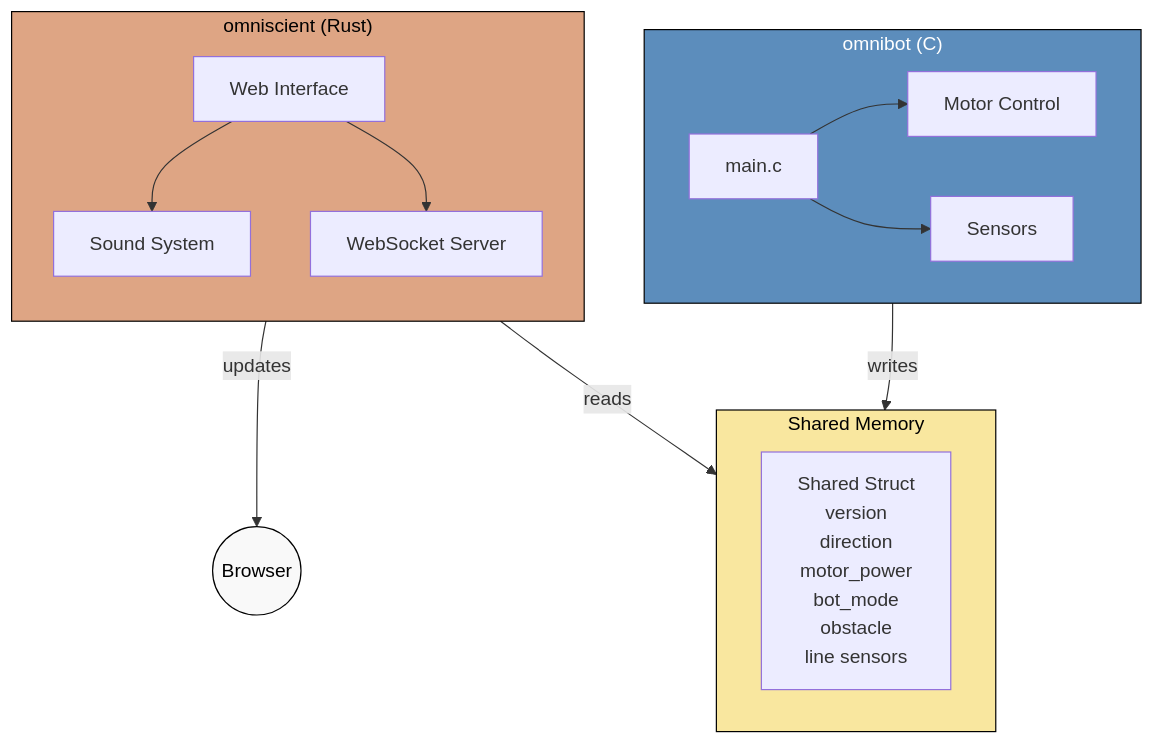
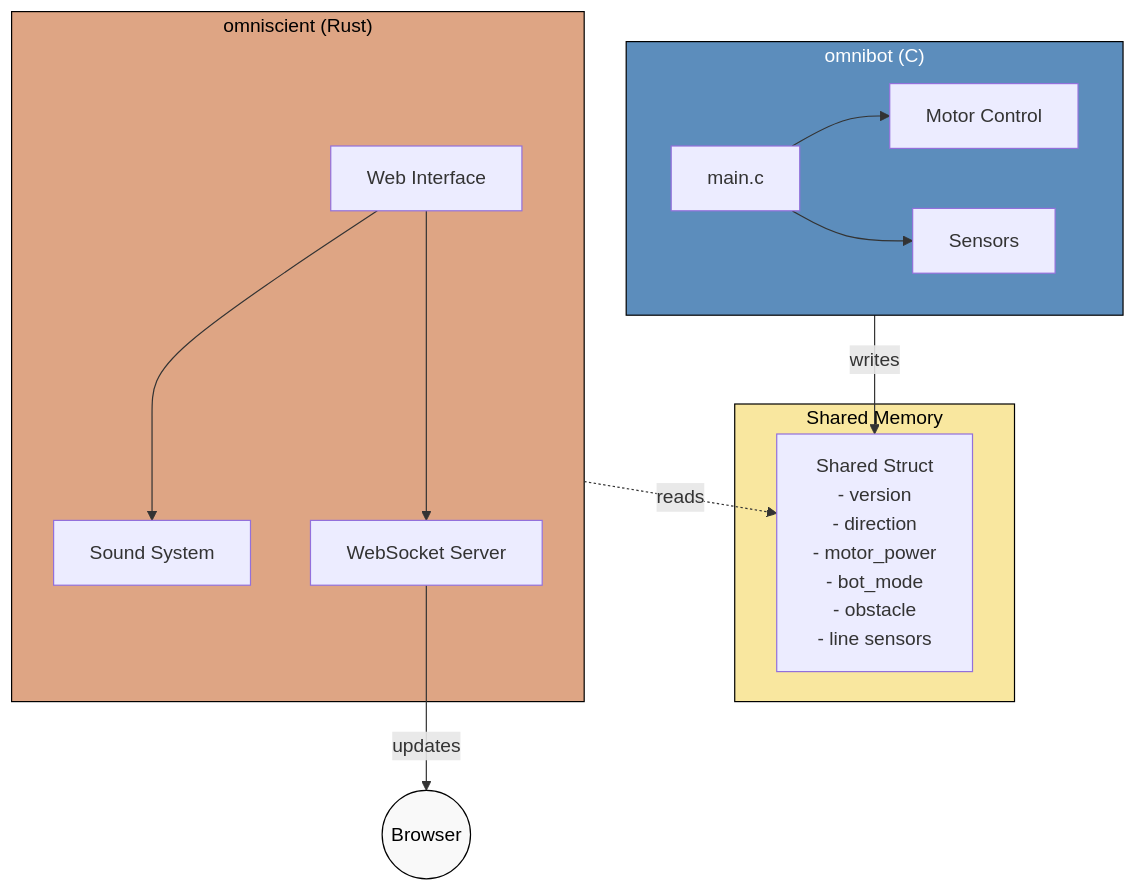
The diagram in README.md (nuttycream/omniscient), drawn with Mermaid before and after one commit.

````diff
--- a/README.md
+++ b/README.md
@@ -12,31 +12,37 @@
 ```mermaid
 flowchart TD
     subgraph omnibot["omnibot (C)"]
         botMain[main.c] --> motors[Motor Control]
         botMain --> sensors[Sensors]
     end
     
     subgraph sharedMem["Shared Memory"]
-        shared[Shared Struct\nversion\ndirection\nmotor_power\nbot_mode\nobstacle\nline sensors]
+        shared["Shared Struct
+        - version
+        - direction
+        - motor_power
+        - bot_mode
+        - obstacle
+        - line sensors"]
     end
     
     subgraph omniscient["omniscient (Rust)"]
-        direction TB
-        webApp[Web Interface] --> sound[Sound System]
+        webApp[Web Interface]
+        webApp --> sound[Sound System]
         webApp --> wsServer[WebSocket Server]
     end
     
-    omnibot -->|writes| sharedMem
-    omniscient -->|reads| sharedMem
+    omnibot -->|writes| shared
+    omniscient -.->|reads| shared
     wsServer -->|updates| browser((Browser))
     
     classDef cCode fill:#5c8dbc,color:#fff,stroke:#000
     classDef rustCode fill:#dea584,color:#000,stroke:#000
     classDef sharedMemory fill:#f9e79f,color:#000,stroke:#000
     classDef external fill:#f9f9f9,color:#000,stroke:#000
     
     class omnibot cCode
     class omniscient rustCode
     class sharedMem sharedMemory
     class browser external
 ```
````
